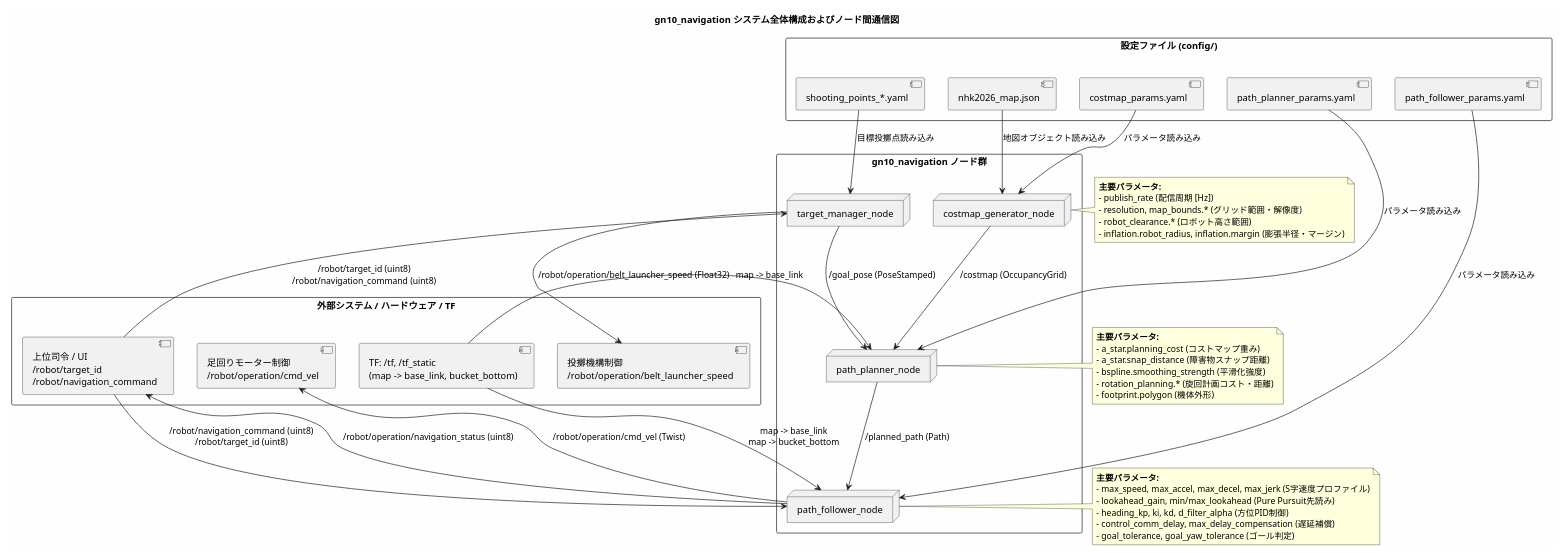
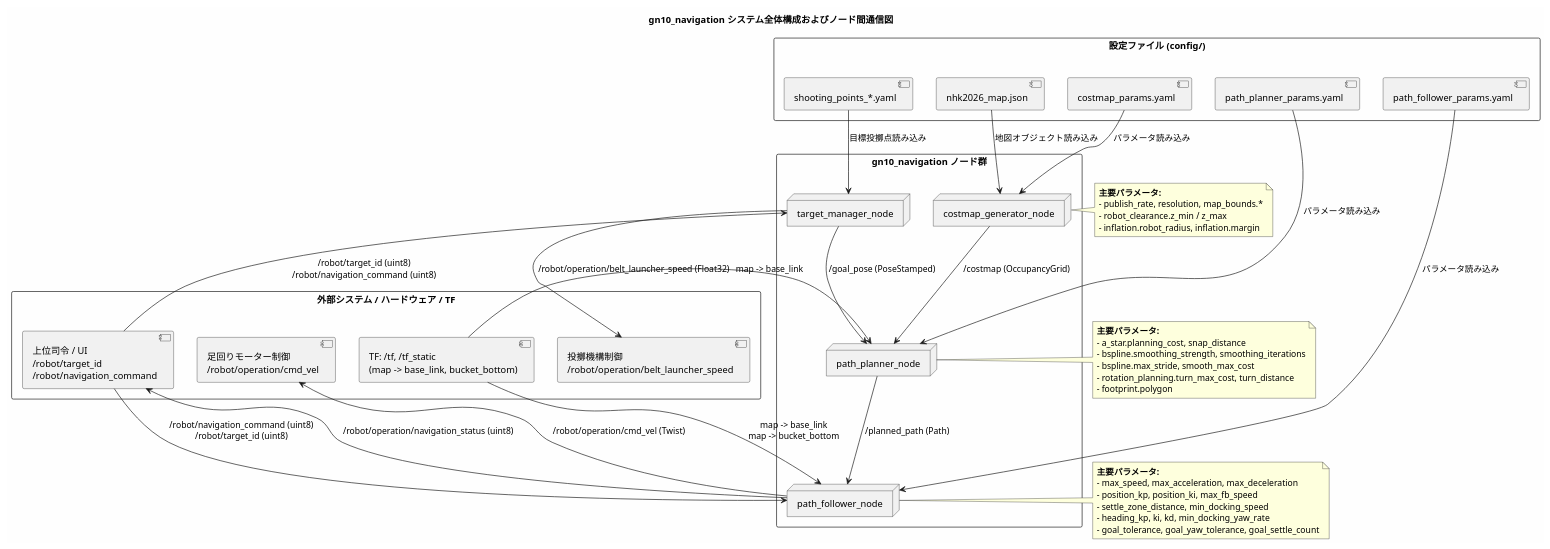
One commit to tmcit-ararobo-2026a/gn10-navigation changed the diagram in docs/navigation_system_architecture.pu. Above: the diagram before and after it, drawn with PlantUML. The commit also changed 10 other files, not shown here.

```diff
--- a/docs/navigation_system_architecture.pu
+++ b/docs/navigation_system_architecture.pu
@@ -1,77 +1,76 @@
 @startuml navigation_system_architecture
 skinparam backgroundColor #FEFEFE
 skinparam componentStyle uml2
 skinparam packageStyle rectangle
 
 title gn10_navigation システム全体構成およびノード間通信図
 
 package "設定ファイル (config/)" {
     [costmap_params.yaml] as CfgCostmap
     [path_planner_params.yaml] as CfgPlanner
     [path_follower_params.yaml] as CfgFollower
     [shooting_points_*.yaml] as CfgPoints
     [nhk2026_map.json] as CfgMapJson
 }
 
 package "gn10_navigation ノード群" {
     node "target_manager_node" as TargetMgr
     node "costmap_generator_node" as CostmapGen
     node "path_planner_node" as Planner
     node "path_follower_node" as Follower
 }
 
 package "外部システム / ハードウェア / TF" {
     [TF: /tf, /tf_static\n(map -> base_link, bucket_bottom)] as TF
     [上位司令 / UI\n/robot/target_id\n/robot/navigation_command] as UpperCmd
     [足回りモーター制御\n/robot/operation/cmd_vel] as BaseActuator
     [投擲機構制御\n/robot/operation/belt_launcher_speed] as LauncherActuator
 }
 
 CfgMapJson --> CostmapGen : 地図オブジェクト読み込み
 CfgCostmap --> CostmapGen : パラメータ読み込み
 CfgPlanner --> Planner : パラメータ読み込み
 CfgFollower --> Follower : パラメータ読み込み
 CfgPoints --> TargetMgr : 目標投擲点読み込み
 
 UpperCmd --> TargetMgr : /robot/target_id (uint8)\n/robot/navigation_command (uint8)
 UpperCmd --> Follower : /robot/navigation_command (uint8)\n/robot/target_id (uint8)
 
 TargetMgr --> Planner : /goal_pose (PoseStamped)
 TargetMgr --> LauncherActuator : /robot/operation/belt_launcher_speed (Float32)
 
 CostmapGen --> Planner : /costmap (OccupancyGrid)
 
 TF --> Planner : map -> base_link
 Planner --> Follower : /planned_path (Path)
 
 TF --> Follower : map -> base_link\nmap -> bucket_bottom
 Follower --> BaseActuator : /robot/operation/cmd_vel (Twist)
 Follower --> UpperCmd : /robot/operation/navigation_status (uint8)
 
 note right of CostmapGen
   <b>主要パラメータ:</b>
-  - publish_rate (配信周期 [Hz])
-  - resolution, map_bounds.* (グリッド範囲・解像度)
-  - robot_clearance.* (ロボット高さ範囲)
-  - inflation.robot_radius, inflation.margin (膨張半径・マージン)
+  - publish_rate, resolution, map_bounds.*
+  - robot_clearance.z_min / z_max
+  - inflation.robot_radius, inflation.margin
 end note
 
 note right of Planner
   <b>主要パラメータ:</b>
-  - a_star.planning_cost (コストマップ重み)
-  - a_star.snap_distance (障害物スナップ距離)
-  - bspline.smoothing_strength (平滑化強度)
-  - rotation_planning.* (旋回計画コスト・距離)
-  - footprint.polygon (機体外形)
+  - a_star.planning_cost, snap_distance
+  - bspline.smoothing_strength, smoothing_iterations
+  - bspline.max_stride, smooth_max_cost
+  - rotation_planning.turn_max_cost, turn_distance
+  - footprint.polygon
 end note
 
 note right of Follower
   <b>主要パラメータ:</b>
-  - max_speed, max_accel, max_decel, max_jerk (S字速度プロファイル)
-  - lookahead_gain, min/max_lookahead (Pure Pursuit先読み)
-  - heading_kp, ki, kd, d_filter_alpha (方位PID制御)
-  - control_comm_delay, max_delay_compensation (遅延補償)
-  - goal_tolerance, goal_yaw_tolerance (ゴール判定)
+  - max_speed, max_acceleration, max_deceleration
+  - position_kp, position_ki, max_fb_speed
+  - settle_zone_distance, min_docking_speed
+  - heading_kp, ki, kd, min_docking_yaw_rate
+  - goal_tolerance, goal_yaw_tolerance, goal_settle_count
 end note
 
 @enduml
```
